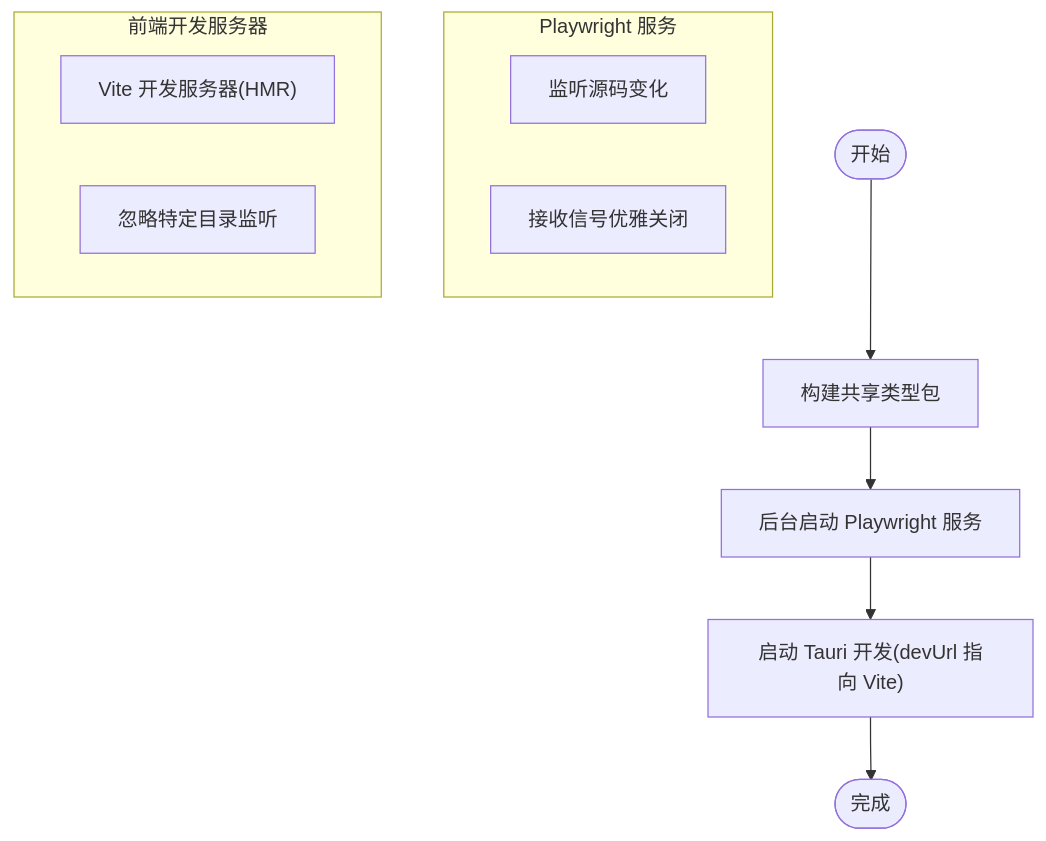
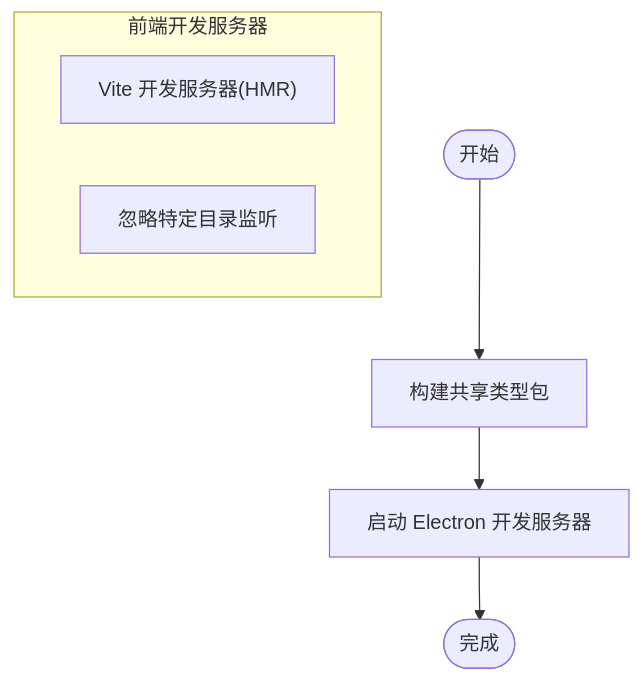
Before and after one commit to baike08/cosurf: the third of 6 diagrams in .qoder/repowiki/zh/content/开发指南/开发流程.md, drawn with Mermaid. The commit also changed other lines of this file and 15 other files, not shown here.

````diff
--- a/.qoder/repowiki/zh/content/开发指南/开发流程.md
+++ b/.qoder/repowiki/zh/content/开发指南/开发流程.md
@@ -193,15 +150,10 @@
 ```mermaid
 flowchart TD
 Start(["开始"]) --> BuildShared["构建共享类型包"]
-BuildShared --> StartPW["后台启动 Playwright 服务"]
-StartPW --> StartTauri["启动 Tauri 开发(devUrl 指向 Vite)"]
-StartTauri --> End(["完成"])
-subgraph "Playwright 服务"
-PWRun["监听源码变化"]
-PWGrace["接收信号优雅关闭"]
-end
+BuildShared --> StartElectron["启动 Electron 开发服务器"]
+StartElectron --> End(["完成"])
 subgraph "前端开发服务器"
 ViteRun["Vite 开发服务器(HMR)"]
 ViteWatch["忽略特定目录监听"]
 end
 ```
````
